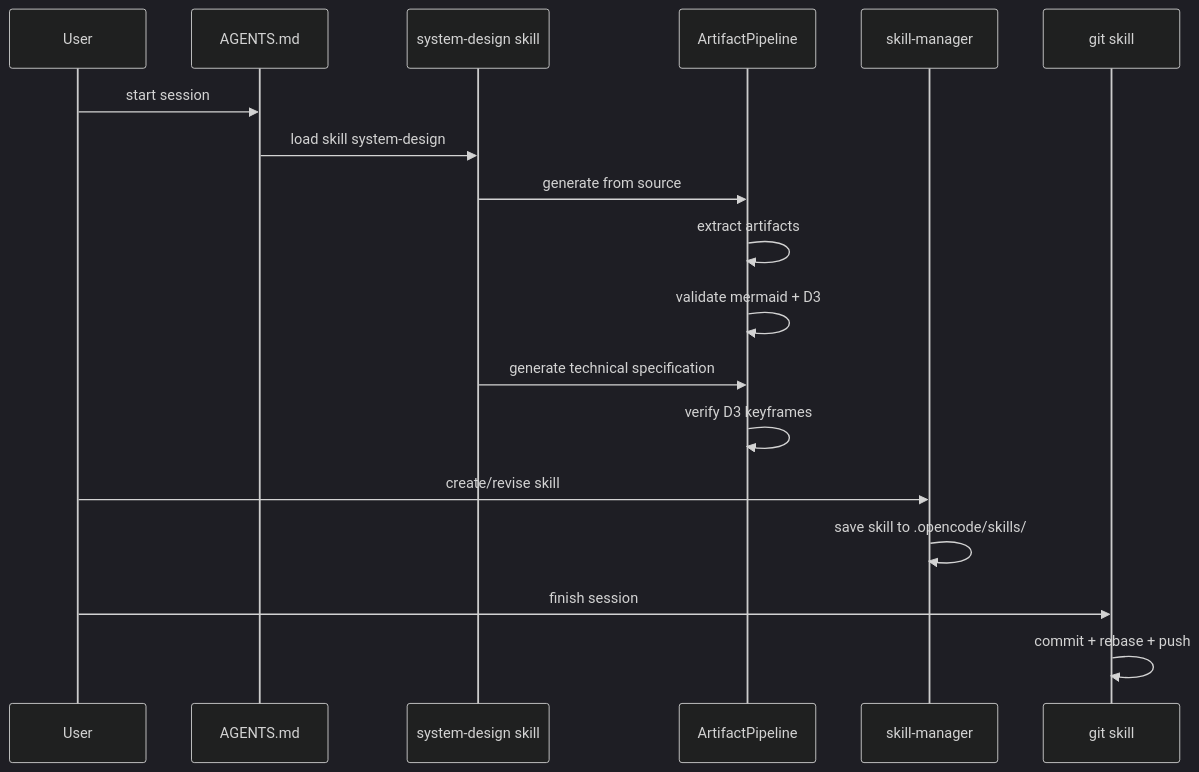
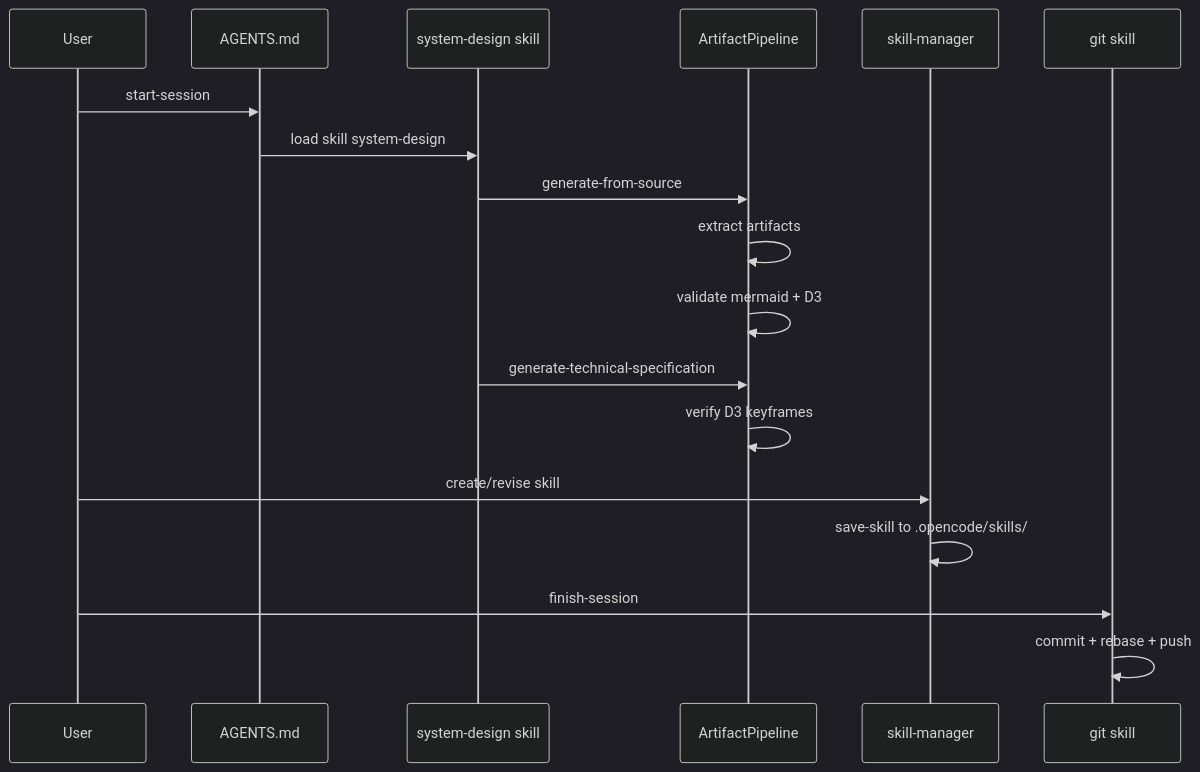
Before and after one commit to opensassi/opencode: the second of 2 diagrams in technical-specification.md, drawn with Mermaid (dark theme). The commit also changed other lines of this file and 20 other files, not shown here.

````diff
--- a/technical-specification.md
+++ b/technical-specification.md
@@ -119,21 +119,21 @@
 ```mermaid
 sequenceDiagram
     participant User as User
     participant AG as AGENTS.md
     participant SD as system-design skill
     participant AP as ArtifactPipeline
     participant SM as skill-manager
     participant GIT as git skill
 
-    User ->> AG: start session
+    User ->> AG: start-session
     AG ->> SD: load skill system-design
-    SD ->> AP: generate from source
+    SD ->> AP: generate-from-source
     AP ->> AP: extract artifacts
     AP ->> AP: validate mermaid + D3
-    SD ->> AP: generate technical specification
+    SD ->> AP: generate-technical-specification
     AP ->> AP: verify D3 keyframes
     User ->> SM: create/revise skill
-    SM ->> SM: save skill to .opencode/skills/
-    User ->> GIT: finish session
+    SM ->> SM: save-skill to .opencode/skills/
+    User ->> GIT: finish-session
     GIT ->> GIT: commit + rebase + push
 ```
````
